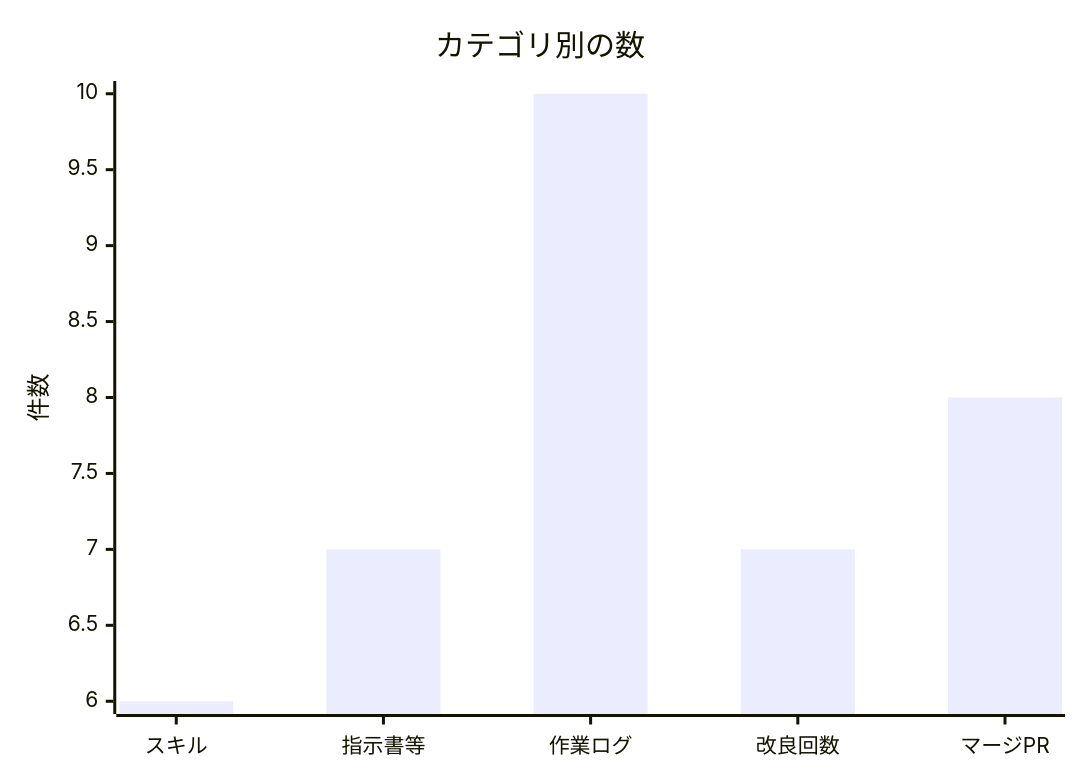
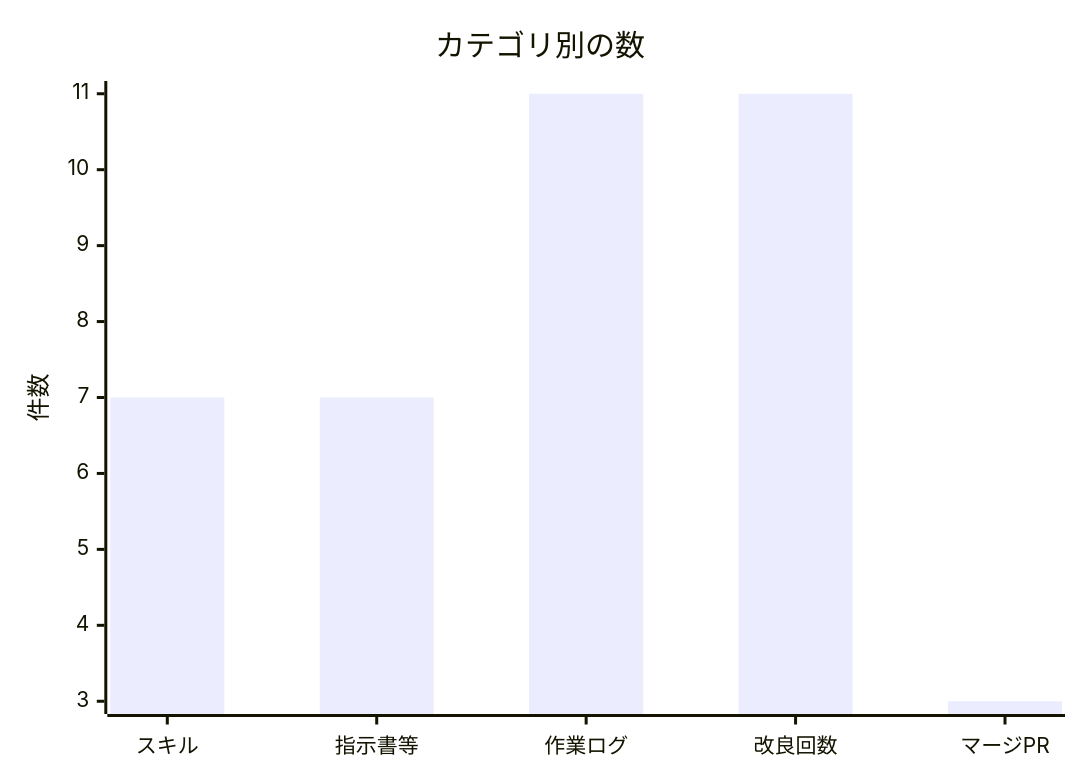
Before and after one commit to non-x2/non-x2: the second of 2 diagrams in docs/進化レポート.md, drawn with Mermaid. The commit also changed other lines of this file and 10 other files, not shown here.

````diff
--- a/docs/進化レポート.md
+++ b/docs/進化レポート.md
@@ -35,7 +35,7 @@
 ```mermaid
 xychart-beta
     title "カテゴリ別の数"
     x-axis ["スキル", "指示書等", "作業ログ", "改良回数", "マージPR"]
     y-axis "件数"
-    bar [6, 7, 10, 7, 8]
+    bar [7, 7, 11, 11, 3]
 ```
````
